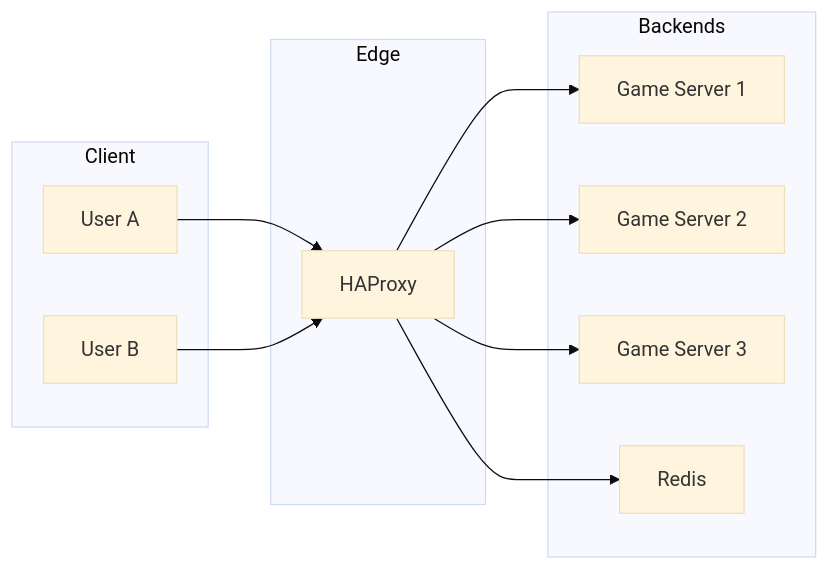
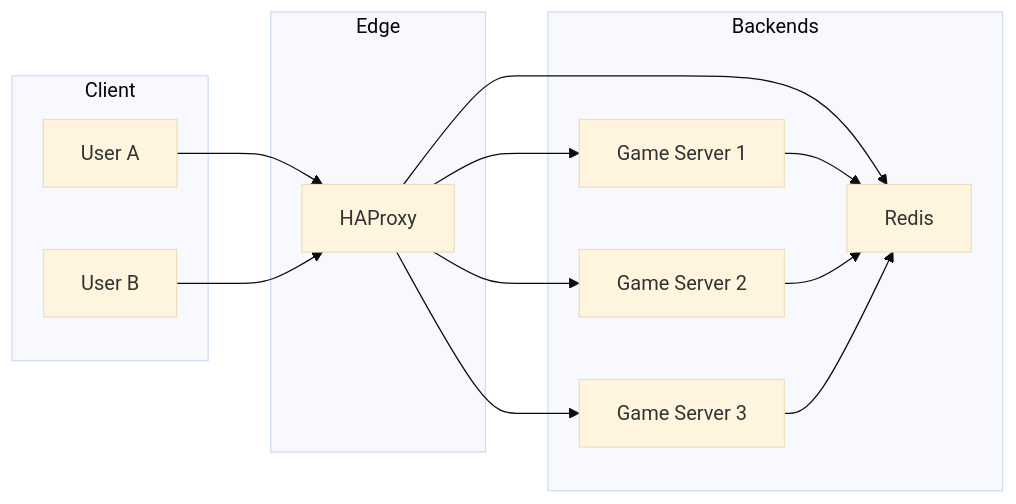
The diagram in README.md (brianpzaide/gamesite), drawn with Mermaid (base theme) before and after one commit.

Commit message:
chore: update README to include a section on example deployment.

````diff
--- a/README.md
+++ b/README.md
@@ -58,25 +58,28 @@
 ```mermaid
 flowchart LR
     subgraph Client
       A[User A]
       B[User B]
     end
 
     subgraph Edge
       HA[HAProxy]
     end
 
     subgraph Backends
       G1[Game Server 1]
       G2[Game Server 2]
       G3[Game Server 3]
       R[Redis]
     end
 
     A --> HA
     B --> HA
     HA --> G1
     HA --> G2
     HA --> G3
     HA --> R
+    G1 --> R
+    G2 --> R
+    G3 --> R
 ```
````
